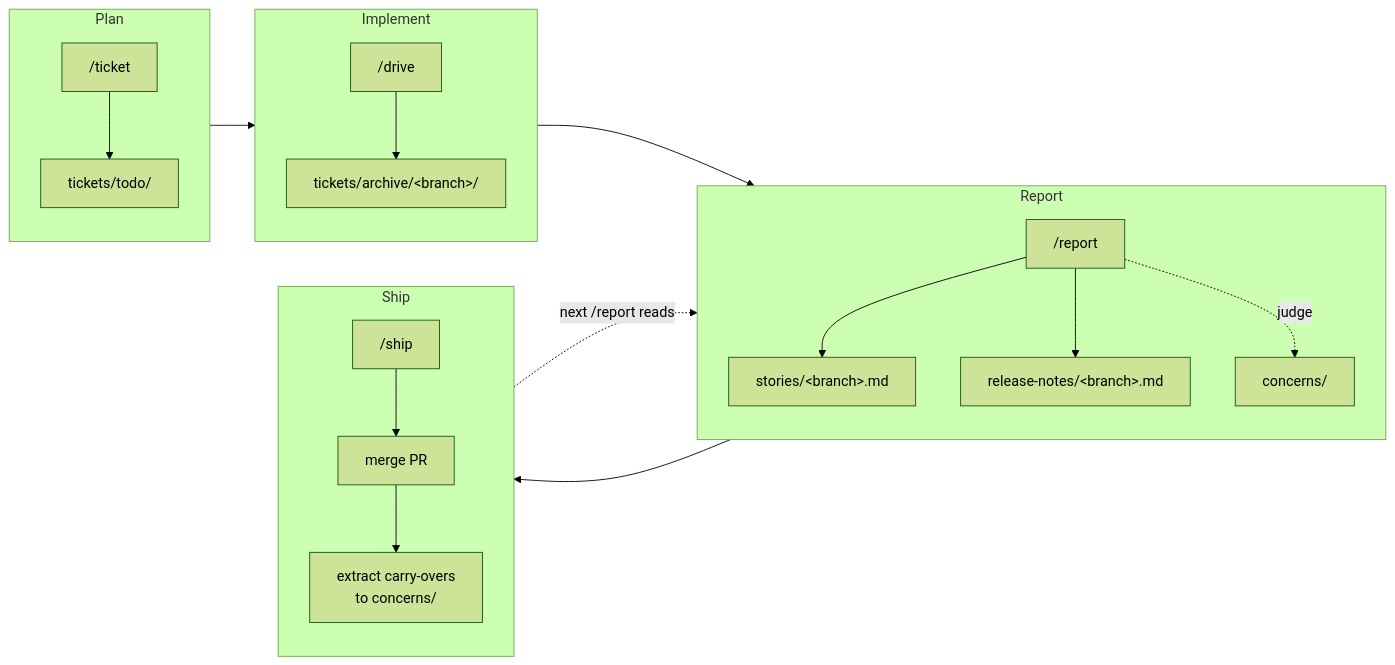
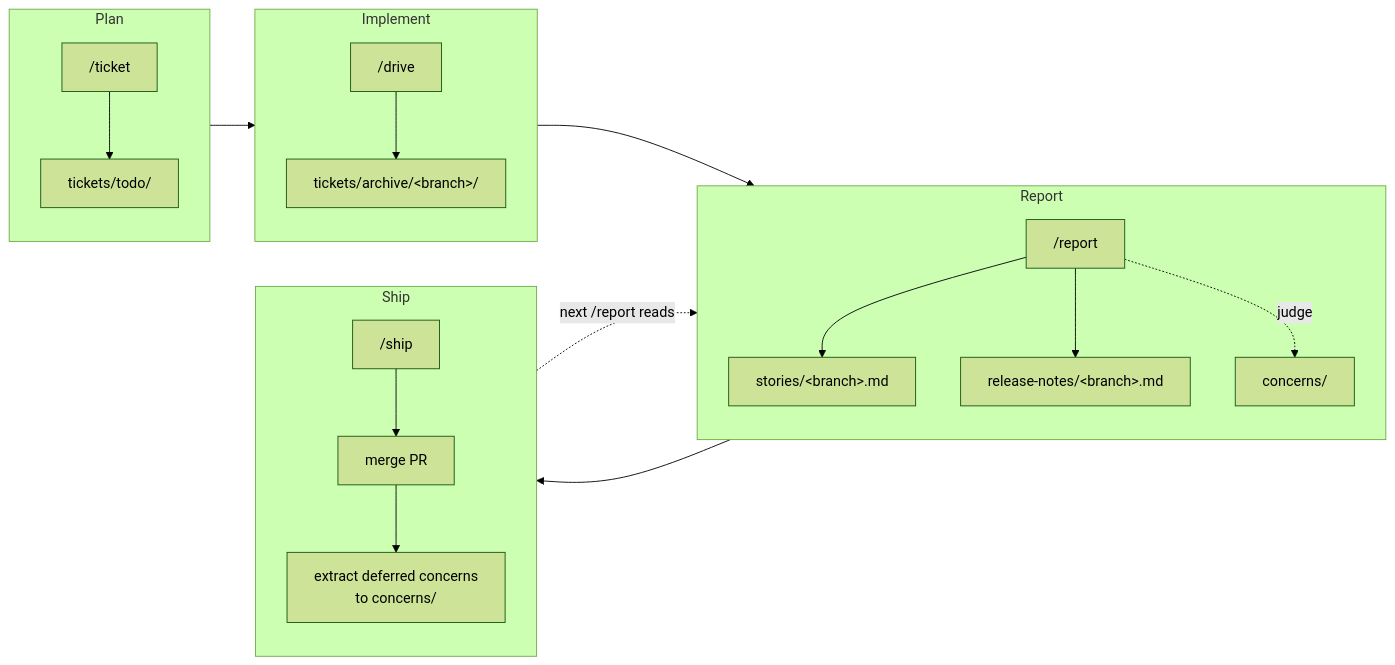
One commit to qmu/workaholic changed the diagram in README.md. Above: the diagram before and after it, drawn with Mermaid (forest theme). The commit also changed other lines of this file, not shown here.

Commit message:
Complete deferred-concerns rename in README

````diff
--- a/README.md
+++ b/README.md
@@ -153,24 +153,24 @@
 ```mermaid
 flowchart LR
   subgraph plan[Plan]
     direction TB
     a1["/ticket"] --> a2["tickets/todo/"]
   end
   subgraph implement[Implement]
     direction TB
     b1["/drive"] --> b2["tickets/archive/&lt;branch&gt;/"]
   end
   subgraph report[Report]
     direction TB
     c1["/report"] --> c2["stories/&lt;branch&gt;.md"]
     c1 --> c3["release-notes/&lt;branch&gt;.md"]
     c1 -.judge.-> c4["concerns/"]
   end
   subgraph ship[Ship]
     direction TB
     d1["/ship"] --> d2["merge PR"]
-    d2 --> d3["extract carry-overs<br/>to concerns/"]
+    d2 --> d3["extract deferred concerns<br/>to concerns/"]
   end
   plan --> implement --> report --> ship
   d3 -."next /report reads".-> c1
 ```
````
